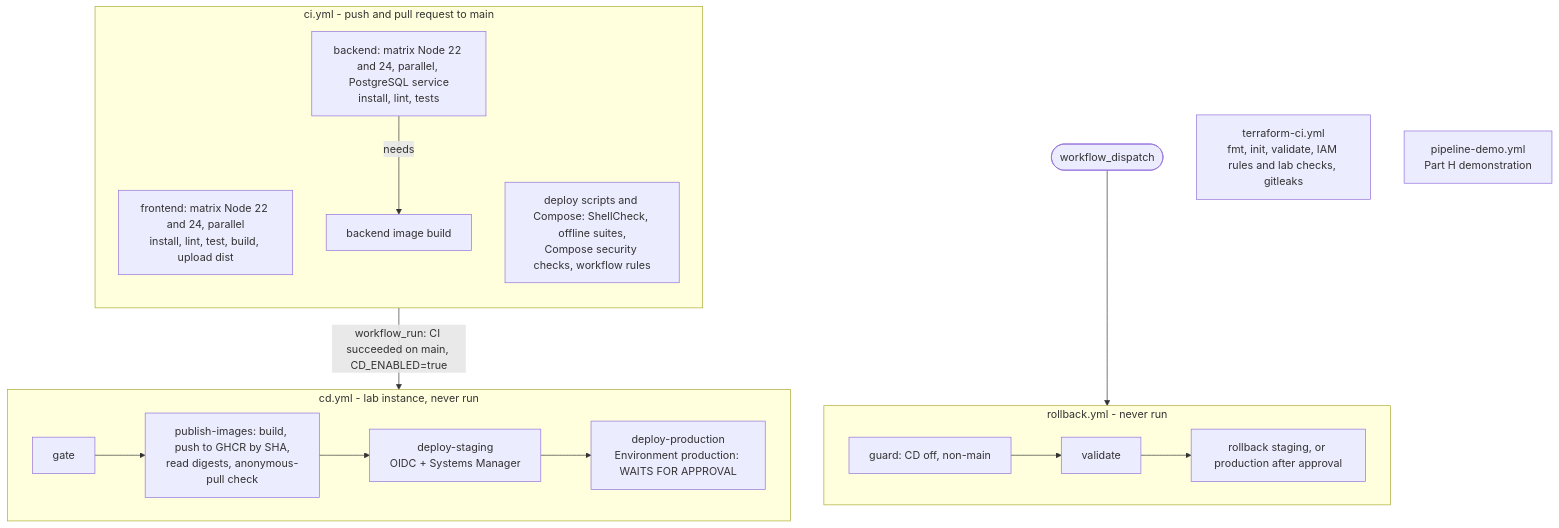
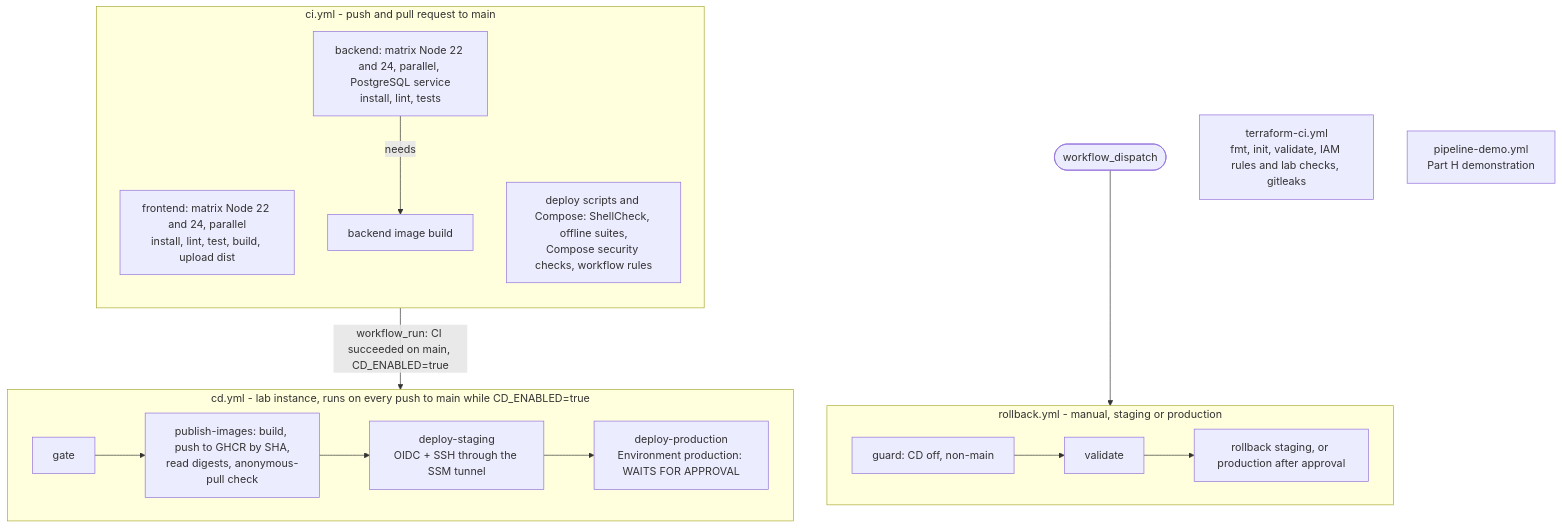
The third of 3 diagrams in README.md (Bhabotos/shopnest-devops-cicd), drawn with Mermaid before and after one commit. The commit also changed other lines of this file and 5 other files, not shown here.

````diff
--- a/README.md
+++ b/README.md
@@ -196,21 +197,21 @@
 ```mermaid
 flowchart TB
   subgraph ci [ci.yml - push and pull request to main]
     direction TB
     fe[frontend: matrix Node 22 and 24, parallel<br/>install, lint, test, build, upload dist]
     be[backend: matrix Node 22 and 24, parallel, PostgreSQL service<br/>install, lint, tests]
     be -->|needs| img[backend image build]
     ds[deploy scripts and Compose: ShellCheck, offline suites,<br/>Compose security checks, workflow rules]
   end
   ci -->|workflow_run: CI succeeded on main, CD_ENABLED=true| cd
-  subgraph cd [cd.yml - lab instance, never run]
-    gate --> pub[publish-images: build, push to GHCR by SHA,<br/>read digests, anonymous-pull check] --> staging[deploy-staging<br/>OIDC + Systems Manager]
+  subgraph cd [cd.yml - lab instance, runs on every push to main while CD_ENABLED=true]
+    gate --> pub[publish-images: build, push to GHCR by SHA,<br/>read digests, anonymous-pull check] --> staging[deploy-staging<br/>OIDC + SSH through the SSM tunnel]
     staging --> prod[deploy-production<br/>Environment production: WAITS FOR APPROVAL]
   end
   manual([workflow_dispatch]) --> rb
-  subgraph rb [rollback.yml - never run]
+  subgraph rb [rollback.yml - manual, staging or production]
     g[guard: CD off, non-main] --> v[validate] --> r[rollback staging, or production after approval]
   end
   tf[terraform-ci.yml<br/>fmt, init, validate, IAM rules and lab checks, gitleaks]
   demo[pipeline-demo.yml<br/>Part H demonstration]
 ```
````
